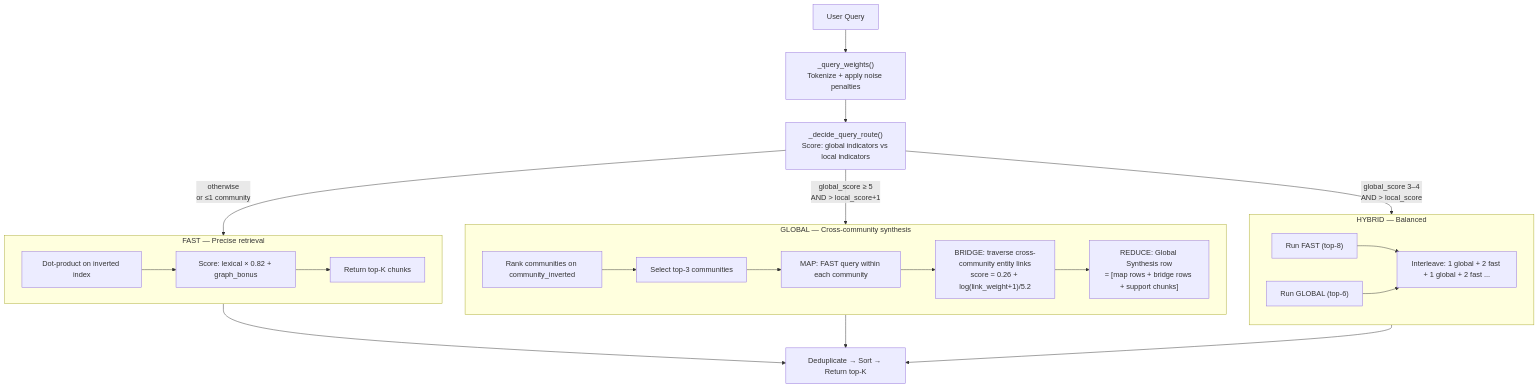
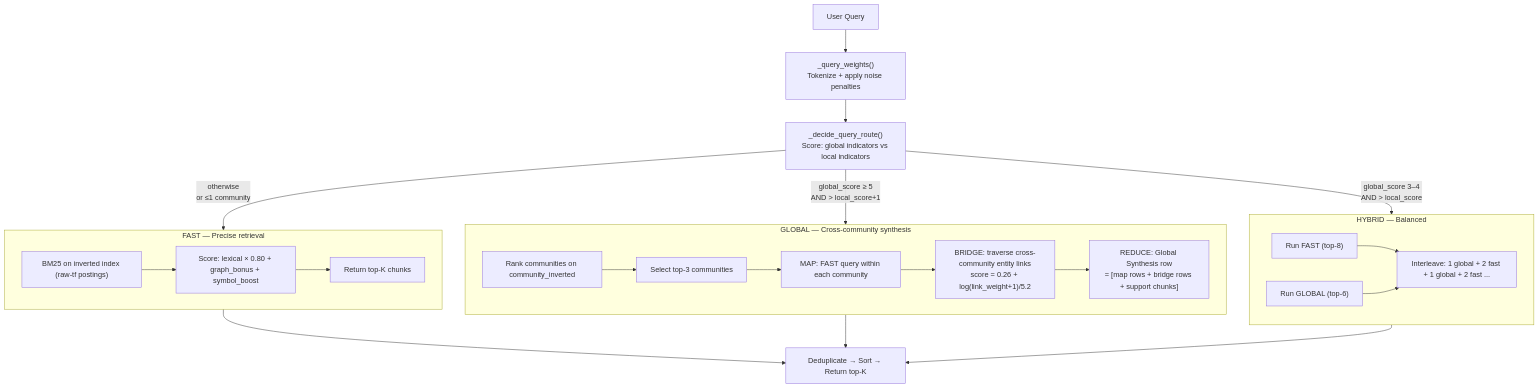
One commit to FonaTech/Clouds-Coder changed diagram 16 of 19 in README.md. Above: the diagram before and after it, drawn with Mermaid. The commit also changed other lines of this file and 17 other files, not shown here.

````diff
--- a/README.md
+++ b/README.md
@@ -907,28 +919,28 @@
 ```mermaid
 flowchart TD
   Q["User Query"] --> W["_query_weights()\nTokenize + apply noise penalties"]
   W --> RD["_decide_query_route()\nScore: global indicators vs local indicators"]
 
   RD -->|"global_score ≥ 5\nAND > local_score+1"| G
   RD -->|"global_score 3–4\nAND > local_score"| H
   RD -->|"otherwise\nor ≤1 community"| F
 
   subgraph F["FAST — Precise retrieval"]
-    F1["Dot-product on inverted index"] --> F2["Score: lexical × 0.82 + graph_bonus"]
+    F1["BM25 on inverted index (raw-tf postings)"] --> F2["Score: lexical × 0.80 + graph_bonus + symbol_boost"]
     F2 --> F3["Return top-K chunks"]
   end
 
   subgraph G["GLOBAL — Cross-community synthesis"]
     G1["Rank communities on community_inverted"] --> G2["Select top-3 communities"]
     G2 --> G3["MAP: FAST query within each community"]
     G3 --> G4["BRIDGE: traverse cross-community entity links\nscore = 0.26 + log(link_weight+1)/5.2"]
     G4 --> G5["REDUCE: Global Synthesis row\n= [map rows + bridge rows + support chunks]"]
   end
 
   subgraph H["HYBRID — Balanced"]
     H1["Run FAST (top-8)"] & H2["Run GLOBAL (top-6)"]
     H1 & H2 --> H3["Interleave: 1 global + 2 fast + 1 global + 2 fast ..."]
   end
 
   F & G & H --> OUT["Deduplicate → Sort → Return top-K"]
 ```
````
